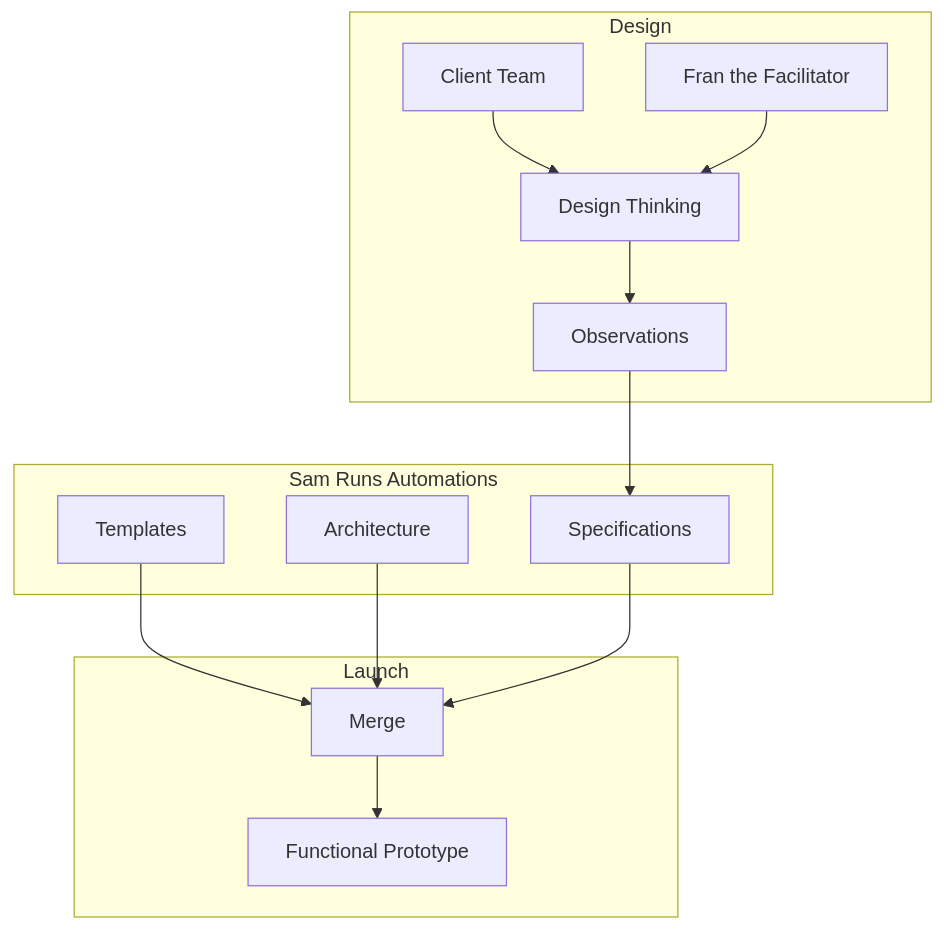
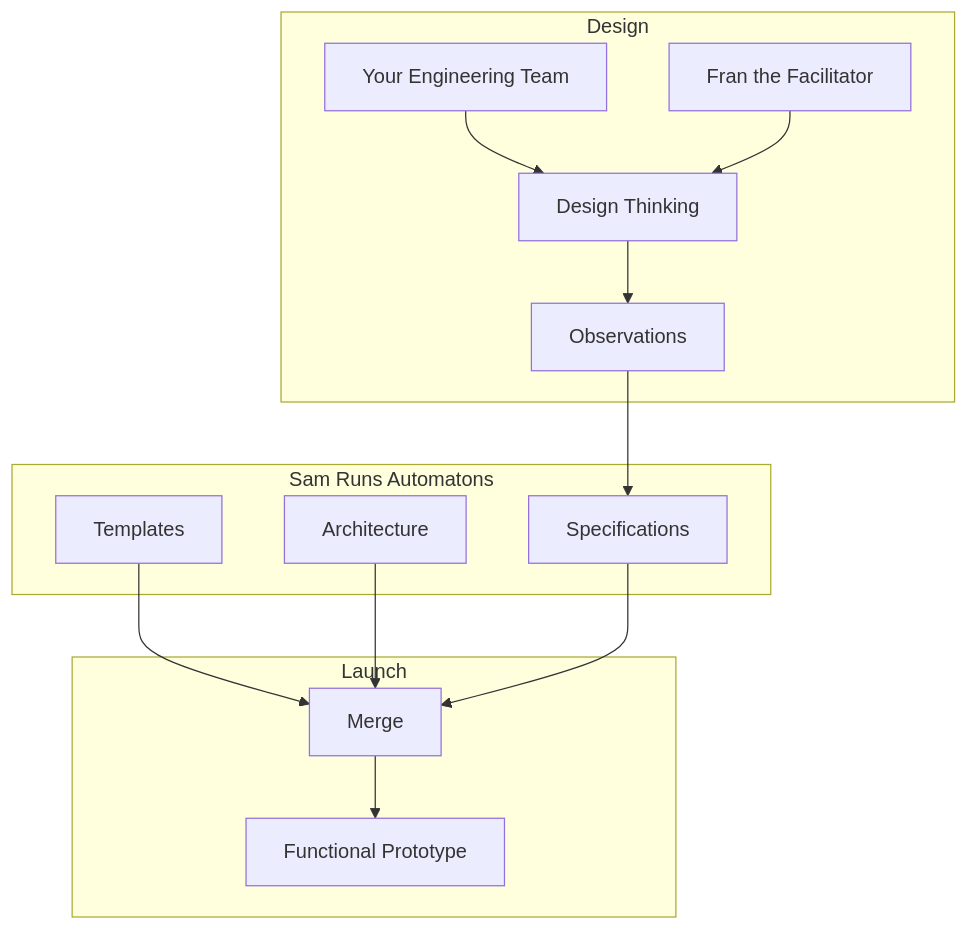
The diagram in README.md (agile-learning-institute/stage0), drawn with Mermaid before and after one commit. The commit also changed other lines of this file and 68 other files, not shown here.

````diff
--- a/README.md
+++ b/README.md
@@ -18,31 +14,31 @@
 ```mermaid
 graph TD
     %% Nodes
-    C[Client Team] --> D[Design Thinking]
+    C[Your Engineering Team] --> D[Design Thinking]
     F[Fran the Facilitator] --> D
     D --> O[Observations]
     T[Templates] --> M[Merge]
     B[Architecture] --> M
     S[Specifications] --> M
     M --> P[Functional Prototype]
     O --> S
 
     %% Box Groups
     subgraph Design
         C
         D
         F
         O
     end
 
-    subgraph Sam Runs Automations
+    subgraph Sam Runs Automatons
         T
         B
         S
     end
 
     subgraph Launch
         M
         P
     end
 ```
````
